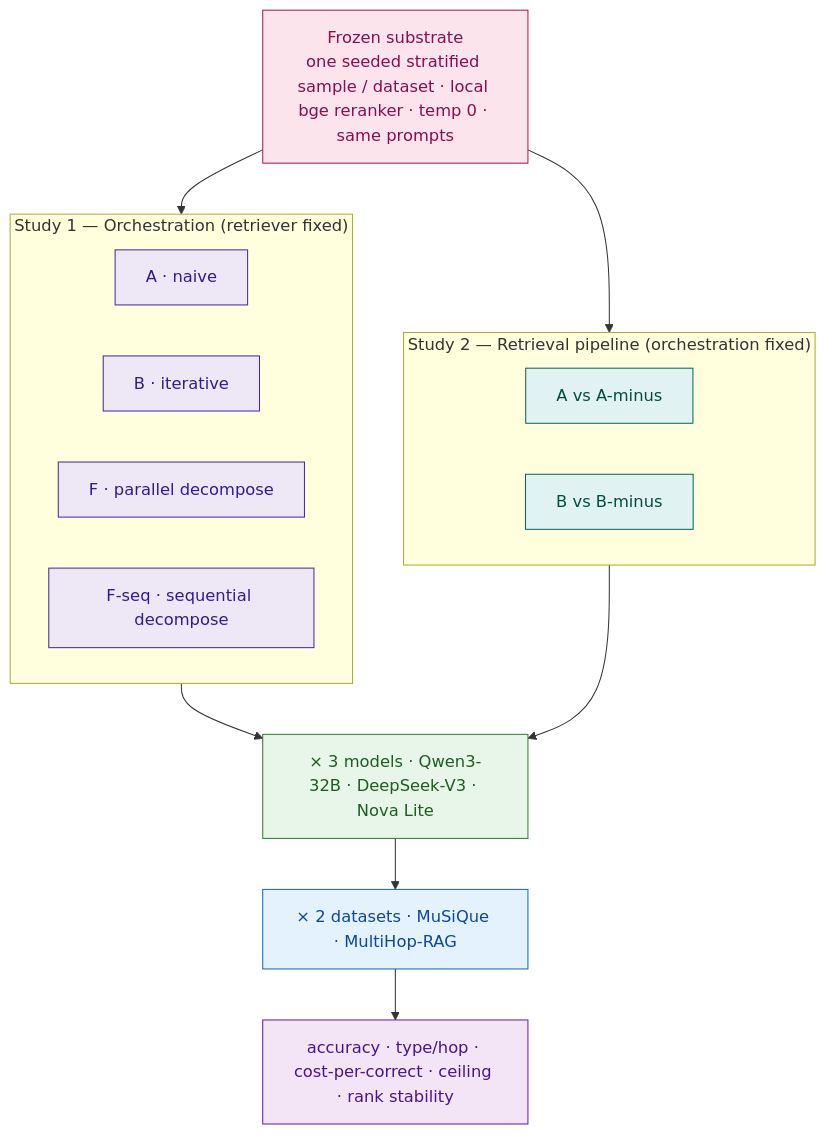
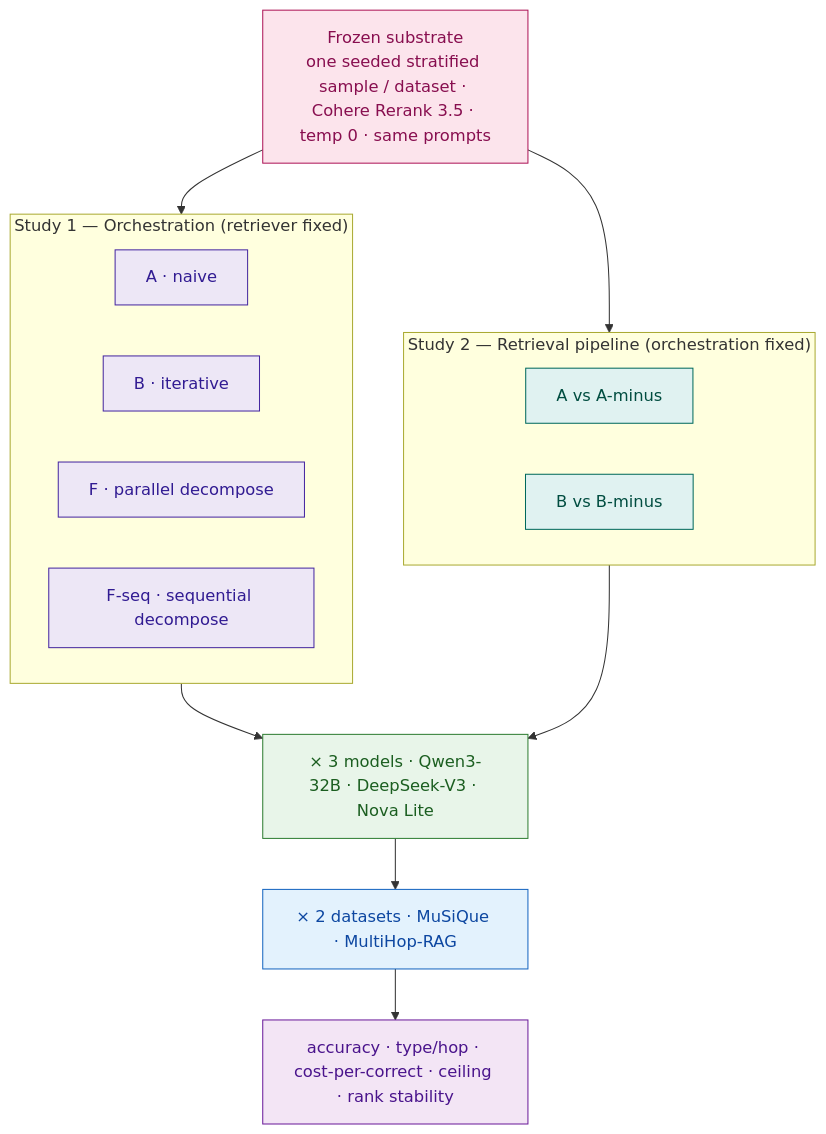
Before and after one commit to rudramansoomirtee-ctrl/rag-benchmark: the first of 7 diagrams in thesis/chapter3_methodology.md, drawn with Mermaid. The commit also changed other lines of this file and 3 other files, not shown here.

First line of the commit message:
Reranker: Cohere Rerank 3.5 (bedrock-cohere) as the standard, not local

````diff
--- a/thesis/chapter3_methodology.md
+++ b/thesis/chapter3_methodology.md
@@ -38,28 +38,28 @@
 ```mermaid
 flowchart TB
-    SUB["Frozen substrate<br/>one seeded stratified sample / dataset · local bge reranker · temp 0 · same prompts"]:::fixed
+    SUB["Frozen substrate<br/>one seeded stratified sample / dataset · Cohere Rerank 3.5 · temp 0 · same prompts"]:::fixed
     SUB --> S1
     SUB --> S2
     subgraph S1["Study 1 — Orchestration (retriever fixed)"]
       direction LR
       A1["A · naive"]:::sys
       B1["B · iterative"]:::sys
       F1["F · parallel decompose"]:::sys
       FS1["F-seq · sequential decompose"]:::sys
     end
     subgraph S2["Study 2 — Retrieval pipeline (orchestration fixed)"]
       direction LR
       AA["A vs A-minus"]:::sys2
       BB["B vs B-minus"]:::sys2
     end
     S1 --> MOD["× 3 models · Qwen3-32B · DeepSeek-V3 · Nova Lite"]:::mdl
     S2 --> MOD
     MOD --> DS["× 2 datasets · MuSiQue · MultiHop-RAG"]:::data
     DS --> OUT["accuracy · type/hop · cost-per-correct · ceiling · rank stability"]:::out
     classDef fixed fill:#fce4ec,stroke:#ad1457,color:#880e4f
     classDef sys fill:#ede7f6,stroke:#4527a0,color:#311b92
     classDef sys2 fill:#e0f2f1,stroke:#00695c,color:#004d40
     classDef mdl fill:#e8f5e9,stroke:#2e7d32,color:#1b5e20
     classDef data fill:#e3f2fd,stroke:#1565c0,color:#0d47a1
     classDef out fill:#f3e5f5,stroke:#6a1b9a,color:#4a148c
 ```
````
